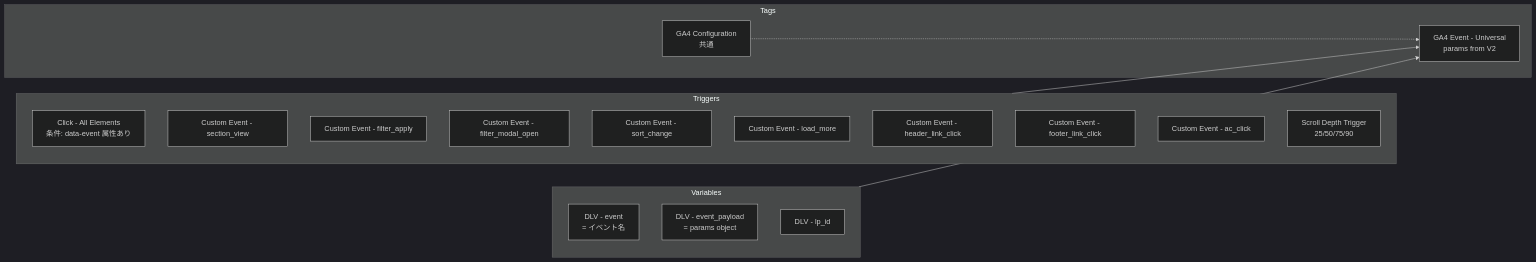
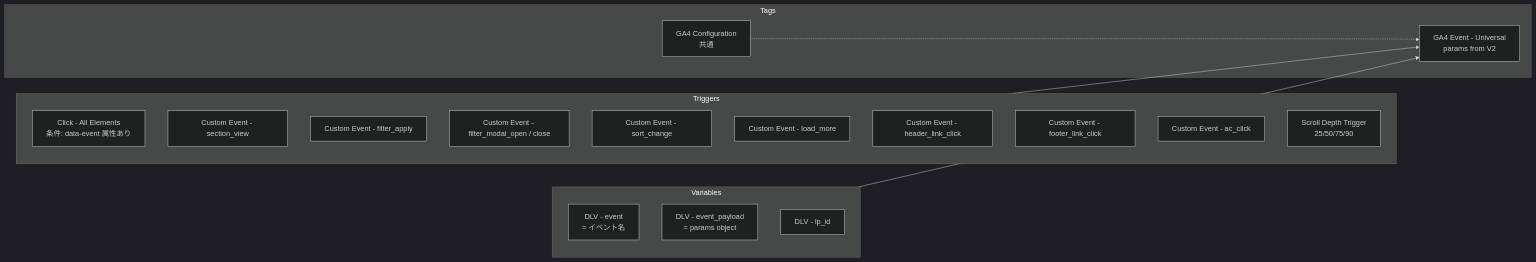
One commit to SDkotarom/v2-veltra-cvr changed the third of 4 diagrams in planning/sports-mock/baseball/spec-and-tracking.md. Above: the diagram before and after it, drawn with Mermaid (dark theme). The commit also changed other lines of this file, not shown here.

First line of the commit message:
docs(sports-mock/baseball): filter_modal_close を計測対象に追加

````diff
--- a/planning/sports-mock/baseball/spec-and-tracking.md
+++ b/planning/sports-mock/baseball/spec-and-tracking.md
@@ -315,27 +317,27 @@
 ```mermaid
 flowchart LR
     subgraph Triggers
         T1[Click - All Elements<br/>条件: data-event 属性あり]
         T2[Custom Event - section_view]
         T3[Custom Event - filter_apply]
-        T4[Custom Event - filter_modal_open]
+        T4[Custom Event - filter_modal_open / close]
         T5[Custom Event - sort_change]
         T6[Custom Event - load_more]
         T7[Custom Event - header_link_click]
         T8[Custom Event - footer_link_click]
         T9[Custom Event - ac_click]
         T10[Scroll Depth Trigger<br/>25/50/75/90]
     end
     subgraph Variables
         V1[DLV - event<br/>= イベント名]
         V2[DLV - event_payload<br/>= params object]
         V3[DLV - lp_id]
     end
     subgraph Tags
         G0[GA4 Configuration<br/>共通]
         G1[GA4 Event - Universal<br/>params from V2]
     end
     Triggers --> G1
     Variables --> G1
     G0 -.-> G1
 ```
````
